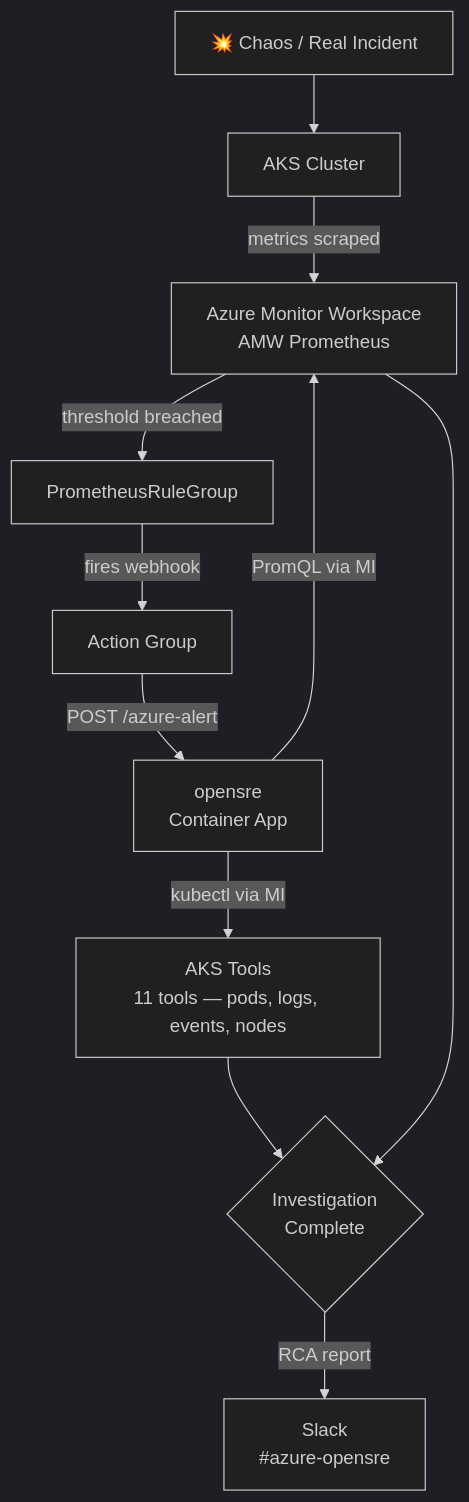
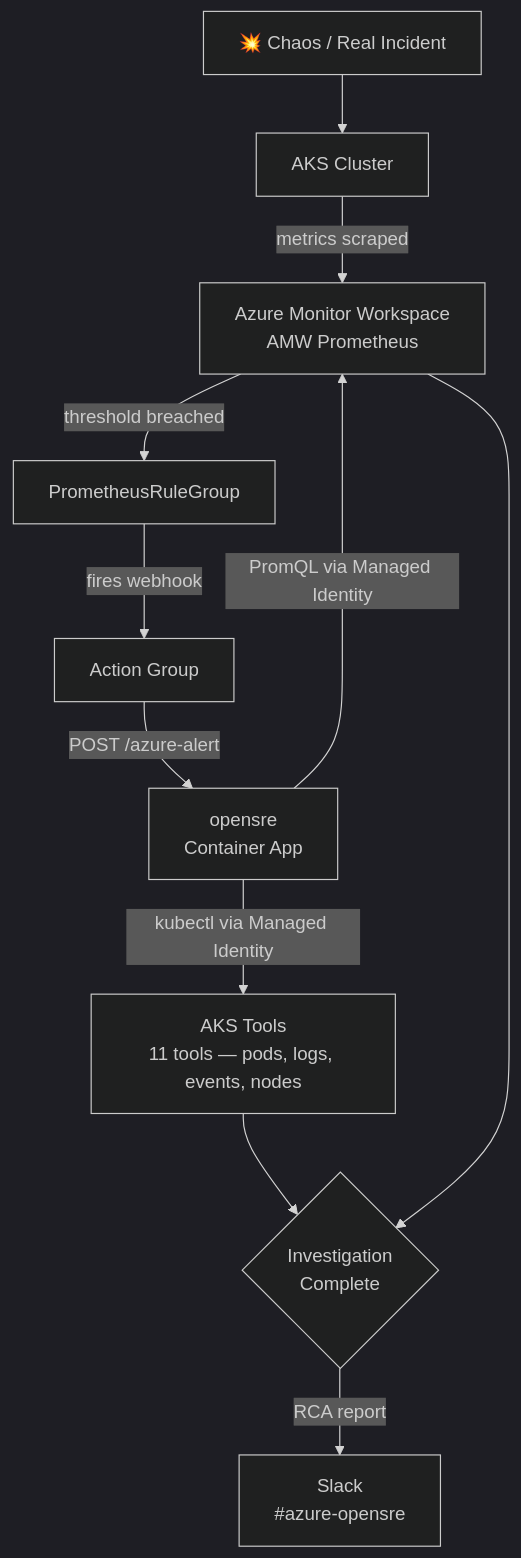
One commit to misua/opensre-azure changed the diagram in README.md. Above: the diagram before and after it, drawn with Mermaid (dark theme).

Commit message:
Spell out Managed Identity in flowchart

````diff
--- a/README.md
+++ b/README.md
@@ -7,14 +7,14 @@
 ```mermaid
 flowchart TD
     A[💥 Chaos / Real Incident] --> B[AKS Cluster]
     B -->|metrics scraped| C[Azure Monitor Workspace\nAMW Prometheus]
     C -->|threshold breached| D[PrometheusRuleGroup]
     D -->|fires webhook| E[Action Group]
     E -->|POST /azure-alert| F[opensre\nContainer App]
 
-    F -->|kubectl via MI| G[AKS Tools\n11 tools — pods, logs, events, nodes]
-    F -->|PromQL via MI| C
+    F -->|kubectl via Managed Identity| G[AKS Tools\n11 tools — pods, logs, events, nodes]
+    F -->|PromQL via Managed Identity| C
     G --> H{Investigation\nComplete}
     C --> H
     H -->|RCA report| I[Slack\n#azure-opensre]
 ```
````
